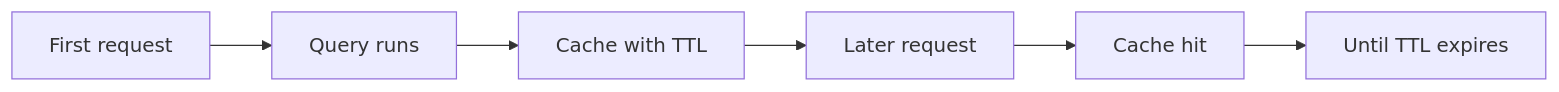
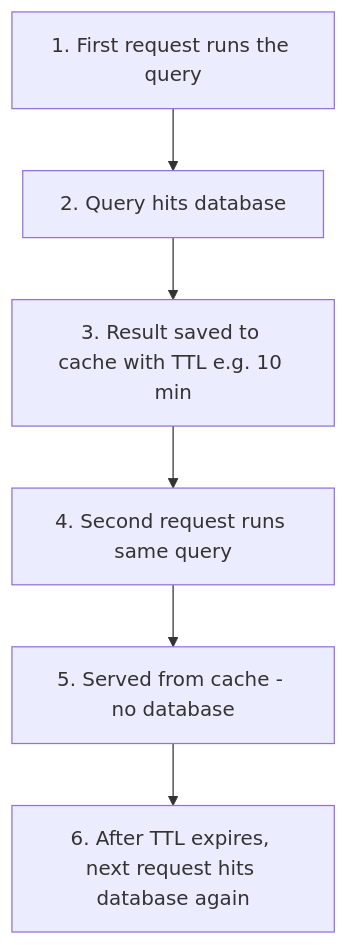
One commit to CodeWithDennis/laravel-model-cache changed the second of 2 diagrams in README.md. Above: the diagram before and after it, drawn with Mermaid. The commit also changed other lines of this file, not shown here.

Commit message:
README: clearer Mermaid diagram labels, top-down layout

````diff
--- a/README.md
+++ b/README.md
@@ -50,8 +50,8 @@
 ```mermaid
-flowchart LR
-  A[First request] --> B[Query runs]
-  B --> C[Cache with TTL]
-  C --> D[Later request]
-  D --> E[Cache hit]
-  E --> F[Until TTL expires]
+flowchart TD
+  A[1. First request runs the query] --> B[2. Query hits database]
+  B --> C[3. Result saved to cache with TTL e.g. 10 min]
+  C --> D[4. Second request runs same query]
+  D --> E[5. Served from cache - no database]
+  E --> F[6. After TTL expires, next request hits database again]
 ```
````
